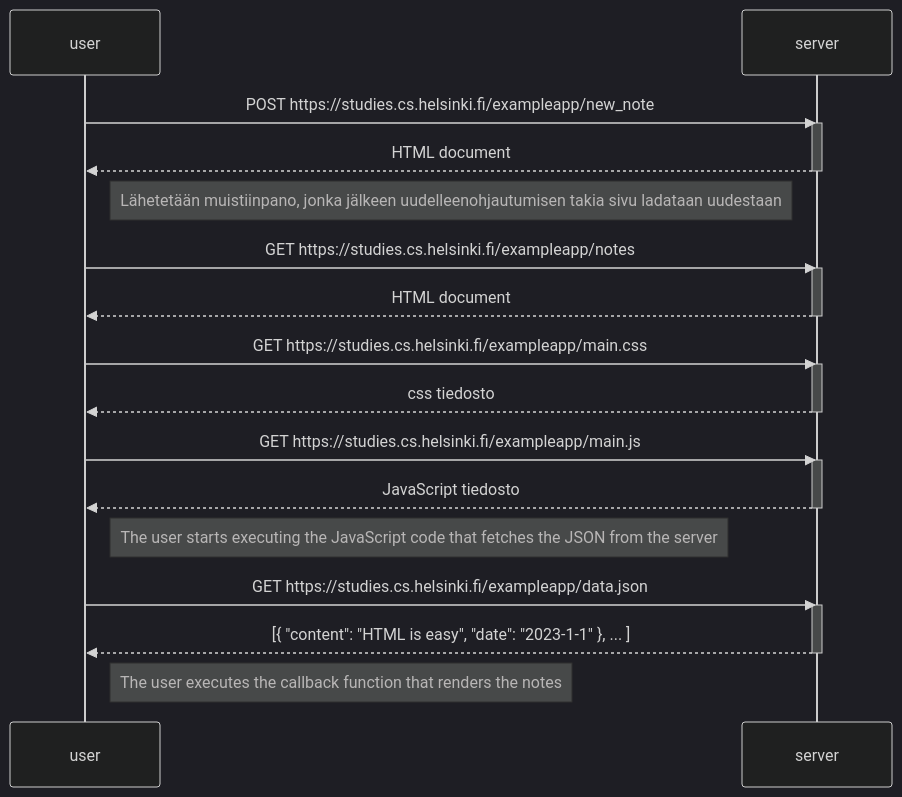
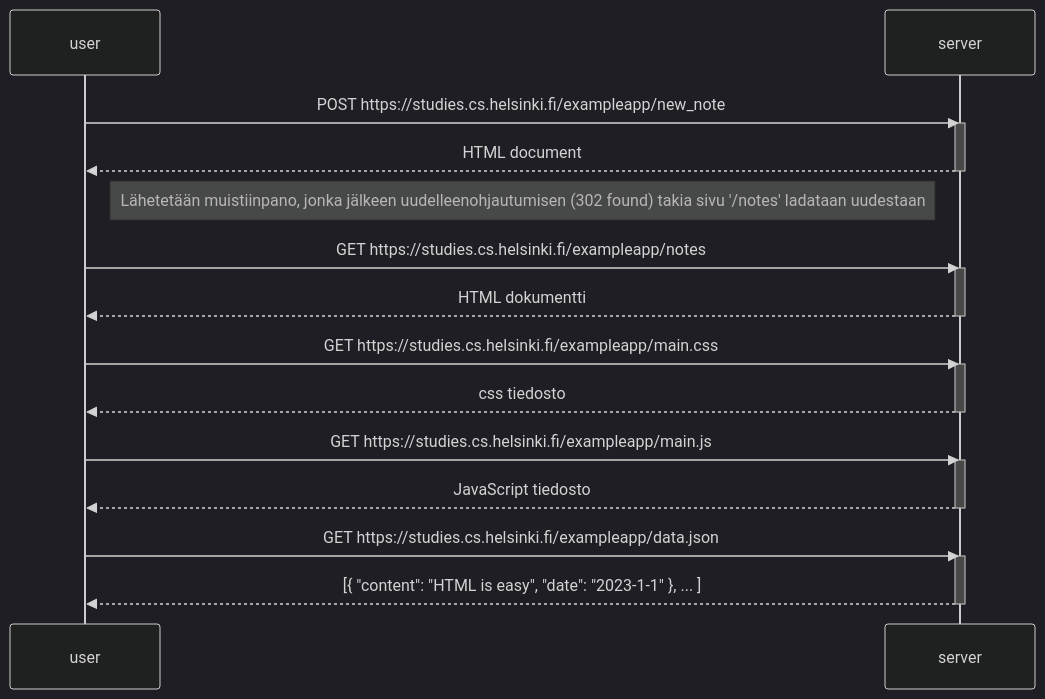
Before and after one commit to jhkorte/fullstack-open: the diagram in osa0/0.4.md, drawn with Mermaid (dark theme).

Commit message:
0.4 jatkuu

````diff
--- a/osa0/0.4.md
+++ b/osa0/0.4.md
@@ -3,36 +3,32 @@
 ```mermaid
 sequenceDiagram
     participant user
     participant server
     
     user->>server: POST https://studies.cs.helsinki.fi/exampleapp/new_note
     activate server
     server-->>user: HTML document
     deactivate server
 
-    Note right of user: Lähetetään muistiinpano, jonka jälkeen uudelleenohjautumisen takia sivu ladataan uudestaan
+    Note right of user: Lähetetään muistiinpano, jonka jälkeen uudelleenohjautumisen (302 found) takia sivu '/notes' ladataan uudestaan
     
     user->>server: GET https://studies.cs.helsinki.fi/exampleapp/notes
     activate server
-    server-->>user: HTML document
+    server-->>user: HTML dokumentti
     deactivate server
     
     user->>server: GET https://studies.cs.helsinki.fi/exampleapp/main.css
     activate server
     server-->>user: css tiedosto
     deactivate server
     
     user->>server: GET https://studies.cs.helsinki.fi/exampleapp/main.js
     activate server
     server-->>user: JavaScript tiedosto
     deactivate server
     
-    Note right of user: The user starts executing the JavaScript code that fetches the JSON from the server
-    
     user->>server: GET https://studies.cs.helsinki.fi/exampleapp/data.json
     activate server
     server-->>user: [{ "content": "HTML is easy", "date": "2023-1-1" }, ... ]
     deactivate server    
-
-    Note right of user: The user executes the callback function that renders the notes 
 ```
````
